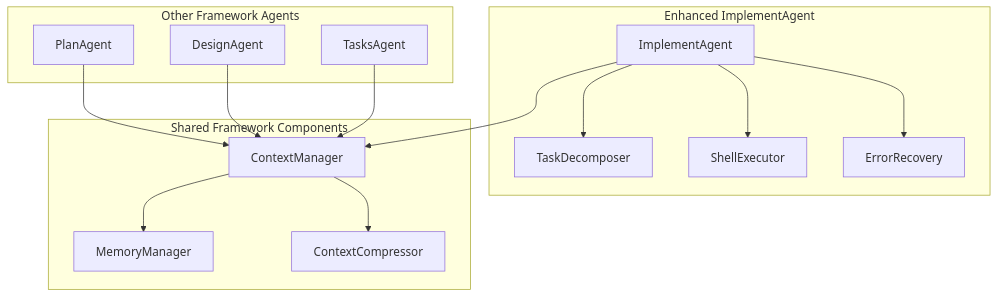
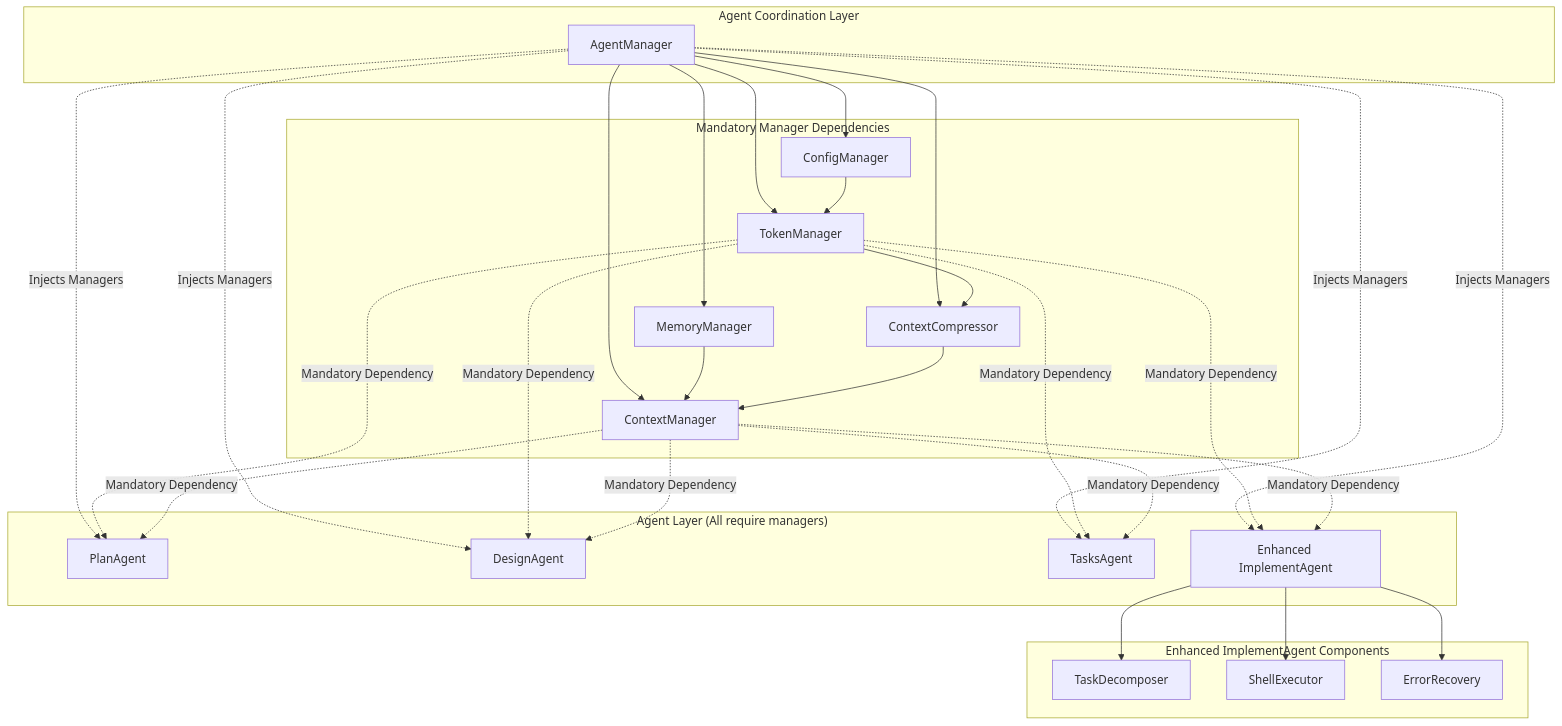
Before and after one commit to wirelessr/SpecForge-Agent: the diagram in README.md, drawn with Mermaid. The commit also changed other lines of this file and 8 other files, not shown here.

````diff
--- a/README.md
+++ b/README.md
@@ -104,33 +104,57 @@
 ```mermaid
 graph TB
-    subgraph "Enhanced ImplementAgent"
-        IA[ImplementAgent]
+    subgraph "Agent Coordination Layer"
+        AM[AgentManager]
+    end
+    
+    subgraph "Mandatory Manager Dependencies"
+        CFG[ConfigManager]
+        TM[TokenManager]
+        CC[ContextCompressor]
+        CM[ContextManager]
+        MM[MemoryManager]
+    end
+    
+    subgraph "Agent Layer (All require managers)"
+        PA[PlanAgent]
+        DA[DesignAgent]
+        TA[TasksAgent]
+        IA[Enhanced ImplementAgent]
+    end
+    
+    subgraph "Enhanced ImplementAgent Components"
         TD[TaskDecomposer]
         SE[ShellExecutor]
         ER[ErrorRecovery]
     end
     
-    subgraph "Shared Framework Components"
-        CM[ContextManager]
-        MM[MemoryManager]
-        CC[ContextCompressor]
-    end
+    AM --> CFG
+    AM --> TM
+    AM --> CC
+    AM --> CM
+    AM --> MM
     
-    subgraph "Other Framework Agents"
-        PA[PlanAgent]
-        DA[DesignAgent]
-        TA[TasksAgent]
-    end
+    CFG --> TM
+    TM --> CC
+    MM --> CM
+    CC --> CM
+    
+    AM -.->|"Injects Managers"| PA
+    AM -.->|"Injects Managers"| DA
+    AM -.->|"Injects Managers"| TA
+    AM -.->|"Injects Managers"| IA
+    
+    TM -.->|"Mandatory Dependency"| PA
+    TM -.->|"Mandatory Dependency"| DA
+    TM -.->|"Mandatory Dependency"| TA
+    TM -.->|"Mandatory Dependency"| IA
+    
+    CM -.->|"Mandatory Dependency"| PA
+    CM -.->|"Mandatory Dependency"| DA
+    CM -.->|"Mandatory Dependency"| TA
+    CM -.->|"Mandatory Dependency"| IA
     
     IA --> TD
     IA --> SE
     IA --> ER
-    IA --> CM
-    
-    PA --> CM
-    DA --> CM
-    TA --> CM
-    
-    CM --> MM
-    CM --> CC
 ```
````
